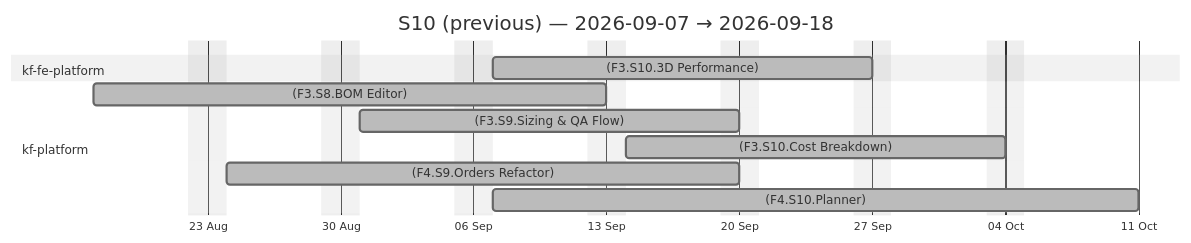
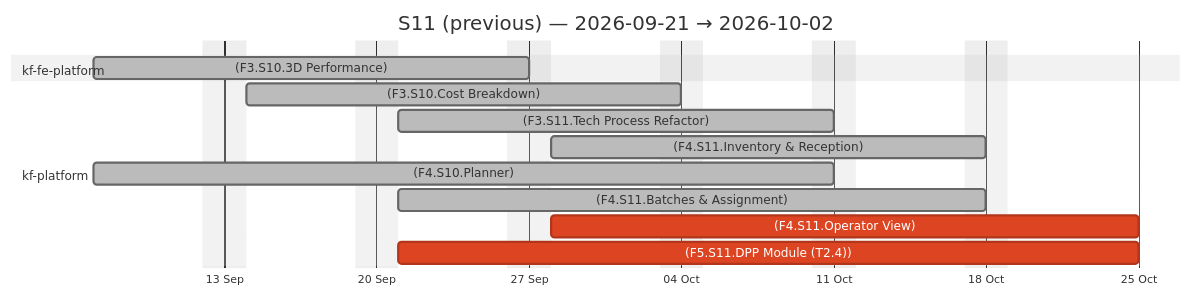
One commit to Katty-Fashion/kf-cpto changed the second of 4 diagrams in docs/agile-sprints.md. Above: the diagram before and after it, drawn with Mermaid (neutral theme). The commit also changed other lines of this file and 16 other files, not shown here.

````diff
--- a/docs/agile-sprints.md
+++ b/docs/agile-sprints.md
@@ -51,16 +51,18 @@
 ```mermaid
 gantt
-    title S10 (previous) — 2026-09-07 → 2026-09-18
+    title S11 (previous) — 2026-09-21 → 2026-10-02
     dateFormat YYYY-MM-DD
     axisFormat %d %b
     excludes weekends
 
     section kf-fe-platform
     (F3.S10.3D Performance) :done, 2026-09-07, 2026-09-27
     section kf-platform
-    (F3.S8.BOM Editor) :done, 2026-08-17, 2026-09-13
-    (F3.S9.Sizing & QA Flow) :done, 2026-08-31, 2026-09-20
     (F3.S10.Cost Breakdown) :done, 2026-09-14, 2026-10-04
-    (F4.S9.Orders Refactor) :done, 2026-08-24, 2026-09-20
+    (F3.S11.Tech Process Refactor) :done, 2026-09-21, 2026-10-11
+    (F4.S11.Inventory & Reception) :done, 2026-09-28, 2026-10-18
     (F4.S10.Planner) :done, 2026-09-07, 2026-10-11
+    (F4.S11.Batches & Assignment) :done, 2026-09-21, 2026-10-18
+    (F4.S11.Operator View) :crit, 2026-09-28, 2026-10-25
+    (F5.S11.DPP Module (T2.4)) :crit, 2026-09-21, 2026-10-25
 ```
````
